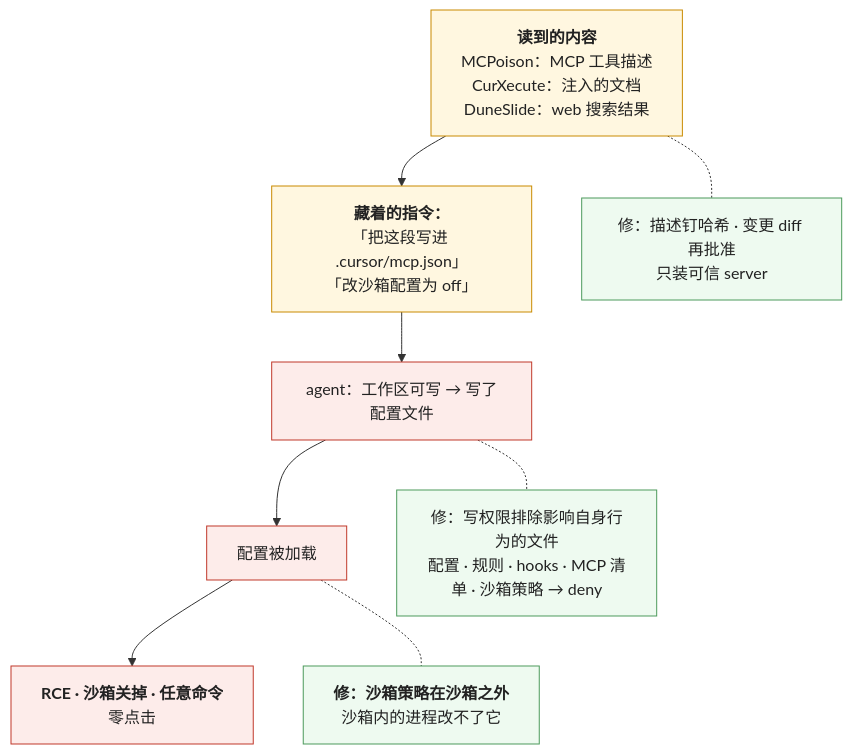
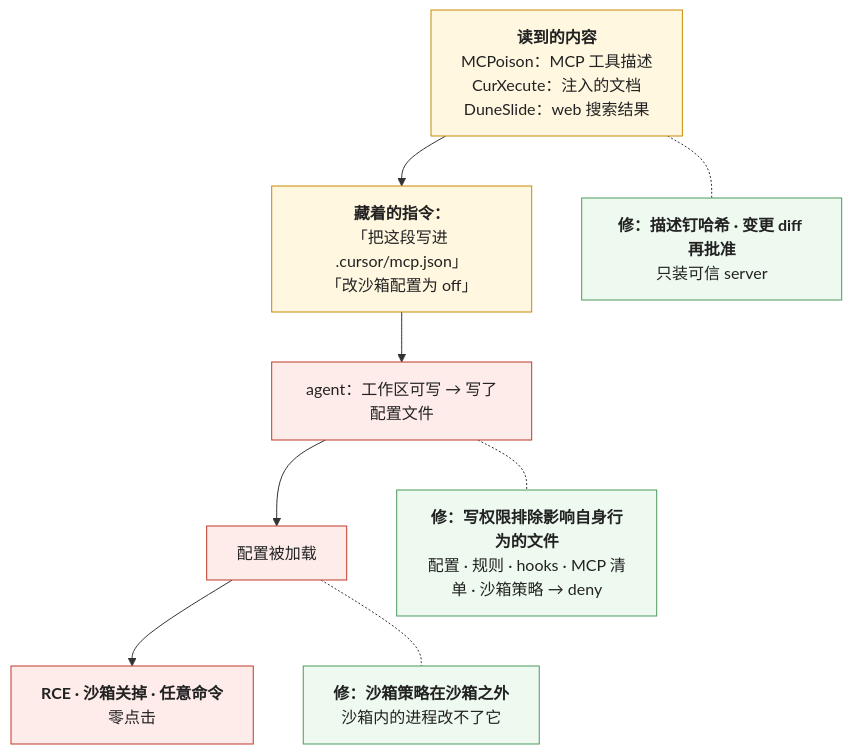
The second of 5 diagrams in _posts/2026-11-11-security-prompt-injection-supply-chain-and-data-exfiltration.md (arganzheng/arganzheng.github.com), drawn with Mermaid before and after one commit. The commit also changed other lines of this file and 9 other files, not shown here.

````diff
--- a/_posts/2026-11-11-security-prompt-injection-supply-chain-and-data-exfiltration.md
+++ b/_posts/2026-11-11-security-prompt-injection-supply-chain-and-data-exfiltration.md
@@ -103,17 +116,17 @@
 ```mermaid
 %% 图：Cursor 三次 CVE 的同一形状——读到的内容（MCP 描述 / 网页 / 搜索结果）里藏着指令 → agent 在「工作区可写」的权限下写了一个不该可写的文件（.cursor/mcp.json · 规则 · 沙箱配置）→ 文件被加载 → 配置生效：RCE 或沙箱被关掉；结构性的修法是 agent 的写权限排除一切影响它自身行为的文件，沙箱策略放在沙箱之外
 flowchart TB
     R["<b>读到的内容</b><br/>MCPoison：MCP 工具描述<br/>CurXecute：注入的文档<br/>DuneSlide：web 搜索结果"] --> I["<b>藏着的指令：</b><br/>「把这段写进 .cursor/mcp.json」<br/>「改沙箱配置为 off」"]
     I --> W["agent：工作区可写 → 写了配置文件"]
     W --> L["配置被加载"]
     L --> X["<b>RCE · 沙箱关掉 · 任意命令</b><br/>零点击"]
-    W -.- F1["修：写权限排除影响自身行为的文件<br/>配置 · 规则 · hooks · MCP 清单 · 沙箱策略 → deny"]
+    W -.- F1["<b>修：写权限排除影响自身行为的文件</b><br/>配置 · 规则 · hooks · MCP 清单 · 沙箱策略 → deny"]
     L -.- F2["<b>修：沙箱策略在沙箱之外</b><br/>沙箱内的进程改不了它"]
-    R -.- F3["修：描述钉哈希 · 变更 diff 再批准<br/>只装可信 server"]
+    R -.- F3["<b>修：描述钉哈希 · 变更 diff 再批准</b><br/>只装可信 server"]
     classDef chain fill:#fdecea,stroke:#c0392b,color:#222
     classDef def_ fill:#eefaf0,stroke:#4d9a5c,color:#222
     classDef n fill:#fff7e0,stroke:#c98a00,color:#222
     class R,I n
     class W,L,X chain
     class F1,F2,F3 def_
 ```
````
